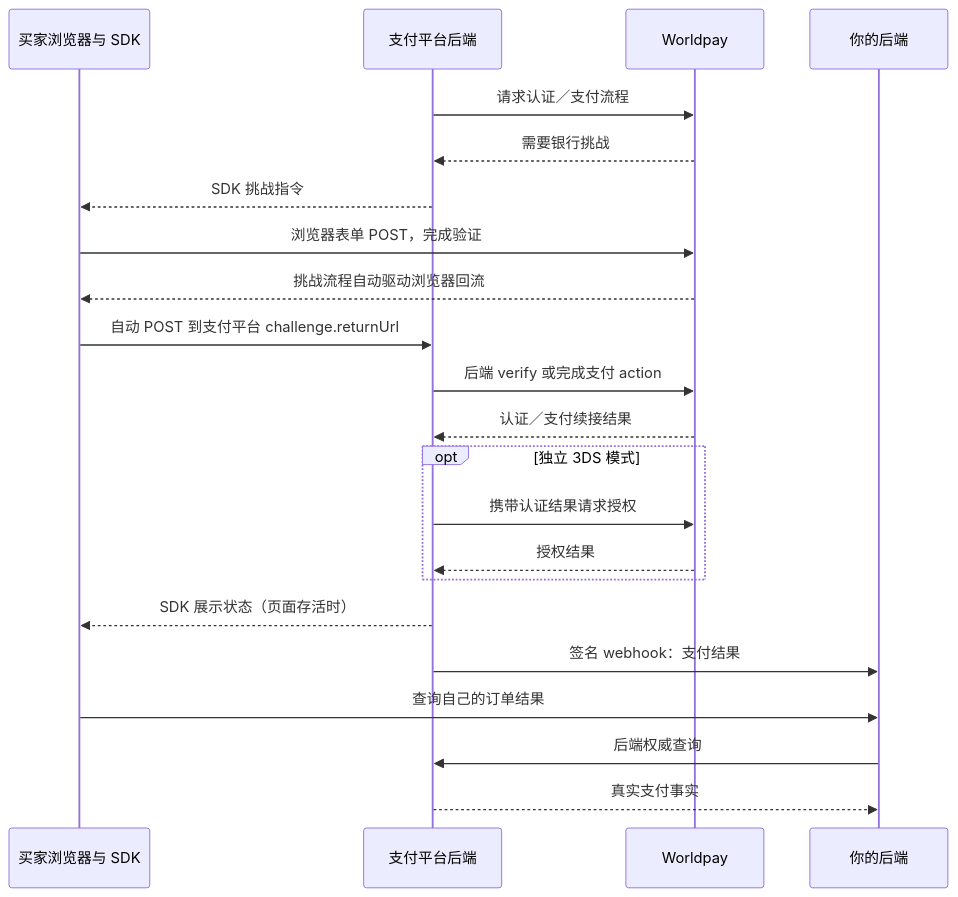
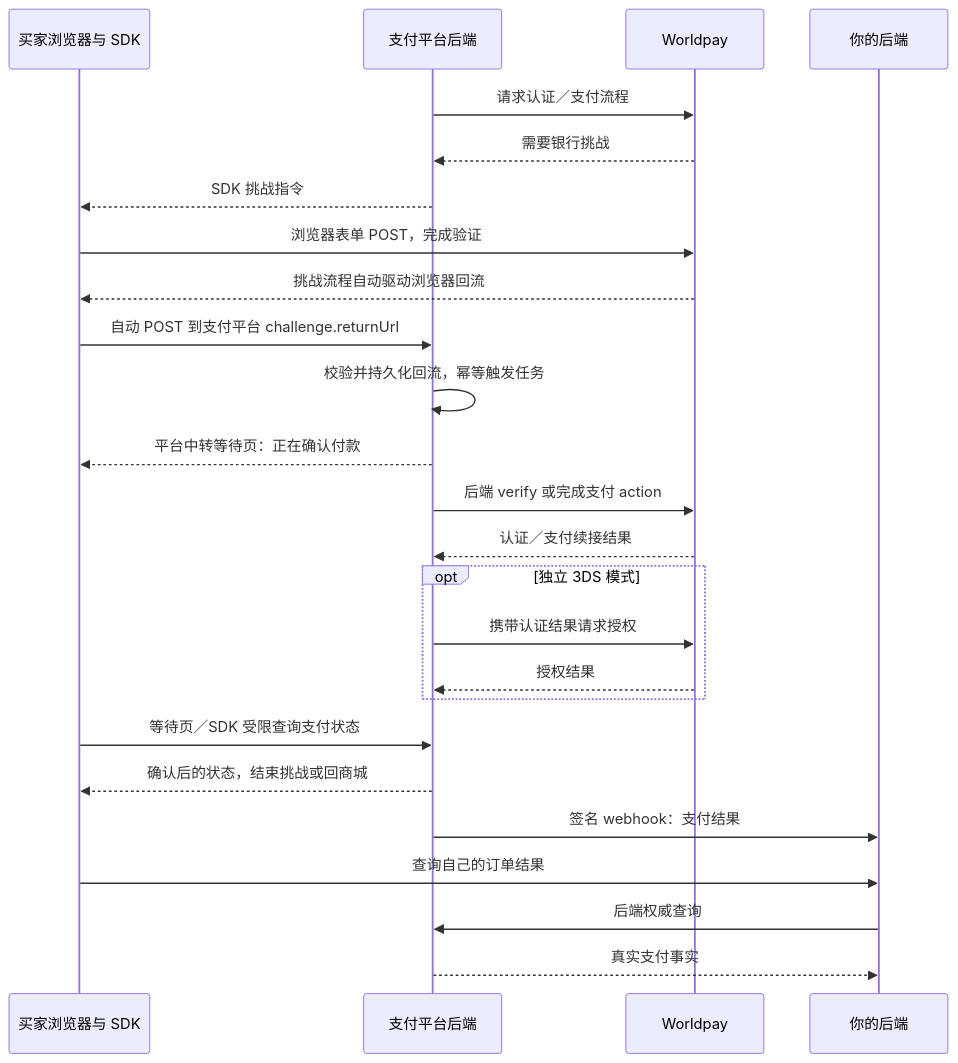
One commit to 1aboveio/wallet-architecture changed the second of 2 diagrams in docs/payment-element-merchant-integration-guide.md. Above: the diagram before and after it, drawn with Mermaid. The commit also changed other lines of this file and 1 other file, not shown here.

````diff
--- a/docs/payment-element-merchant-integration-guide.md
+++ b/docs/payment-element-merchant-integration-guide.md
@@ -518,24 +532,27 @@
 ```mermaid
 sequenceDiagram
     participant B as 买家浏览器与 SDK
     participant P as 支付平台后端
     participant W as Worldpay
     participant M as 你的后端
     P->>W: 请求认证／支付流程
     W-->>P: 需要银行挑战
     P-->>B: SDK 挑战指令
     B->>W: 浏览器表单 POST，完成验证
     W-->>B: 挑战流程自动驱动浏览器回流
     B->>P: 自动 POST 到支付平台 challenge.returnUrl
+    P->>P: 校验并持久化回流，幂等触发任务
+    P-->>B: 平台中转等待页：正在确认付款
     P->>W: 后端 verify 或完成支付 action
     W-->>P: 认证／支付续接结果
     opt 独立 3DS 模式
         P->>W: 携带认证结果请求授权
         W-->>P: 授权结果
     end
-    P-->>B: SDK 展示状态（页面存活时）
+    B->>P: 等待页／SDK 受限查询支付状态
+    P-->>B: 确认后的状态，结束挑战或回商城
     P->>M: 签名 webhook：支付结果
     B->>M: 查询自己的订单结果
     M->>P: 后端权威查询
     P-->>M: 真实支付事实
 ```
````
